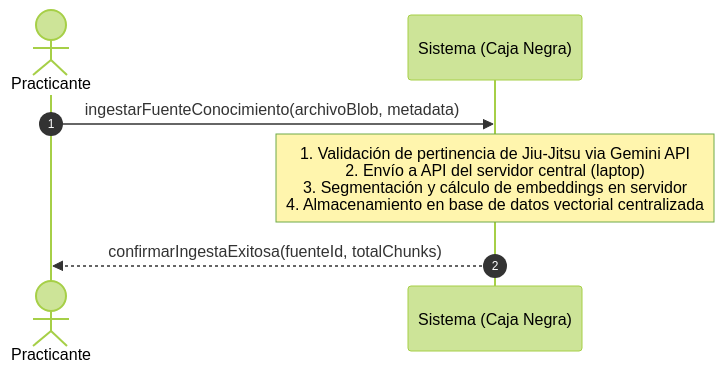
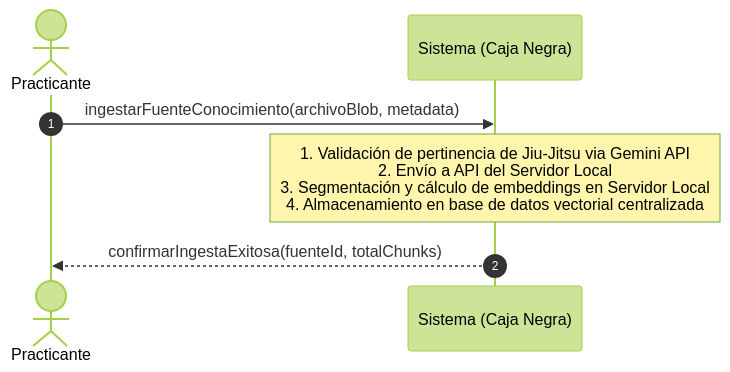
Before and after one commit to Tsmrain/Documentacion: the fifth of 12 diagrams in README.md, drawn with Mermaid (forest theme). The commit also changed other lines of this file, not shown here.

Commit message:
docs: update documentation to detail RAG dynamic knowledge ingestion and standardize Servidor Local terminology

````diff
--- a/README.md
+++ b/README.md
@@ -977,10 +982,10 @@
 ```mermaid
 sequenceDiagram
     autonumber
     actor Practicante
     participant Sistema as Sistema (Caja Negra)
     
     Practicante->>Sistema: ingestarFuenteConocimiento(archivoBlob, metadata)
-    Note over Sistema: 1. Validación de pertinencia de Jiu-Jitsu via Gemini API<br/>2. Envío a API del servidor central (laptop)<br/>3. Segmentación y cálculo de embeddings en servidor<br/>4. Almacenamiento en base de datos vectorial centralizada
+    Note over Sistema: 1. Validación de pertinencia de Jiu-Jitsu via Gemini API<br/>2. Envío a API del Servidor Local<br/>3. Segmentación y cálculo de embeddings en Servidor Local<br/>4. Almacenamiento en base de datos vectorial centralizada
     Sistema-->>Practicante: confirmarIngestaExitosa(fuenteId, totalChunks)
 ```
````
